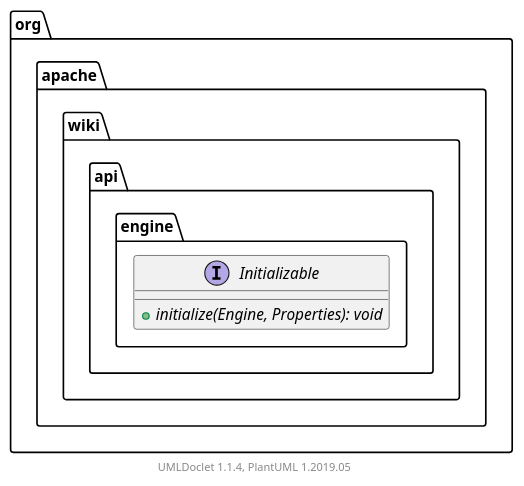
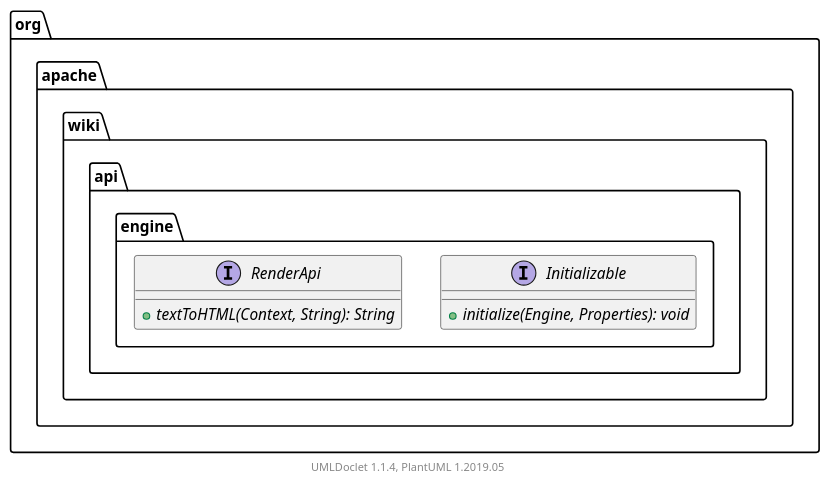
Before and after one commit to apache/jspwiki-site: the diagram in apidocs/2.11.0.M7-SNAPSHOT/org/apache/wiki/api/engine/package.puml, drawn with PlantUML. The commit also changed 1816 other files, not shown here.

```diff
--- a/apidocs/2.11.0.M7-SNAPSHOT/org/apache/wiki/api/engine/package.puml
+++ b/apidocs/2.11.0.M7-SNAPSHOT/org/apache/wiki/api/engine/package.puml
@@ -1,13 +1,17 @@
 @startuml
 
     namespace org.apache.wiki.api.engine {
 
         interface Initializable [[Initializable.html]] {
             {abstract} +initialize(Engine, Properties): void
         }
 
+        interface RenderApi [[RenderApi.html]] {
+            {abstract} +textToHTML(Context, String): String
+        }
+
     }
 
 
     center footer UMLDoclet 1.1.4, PlantUML 1.2019.05
 @enduml
```
